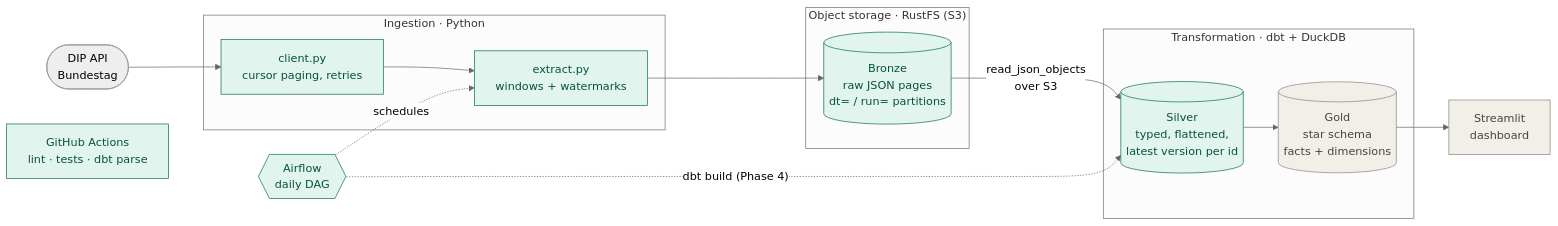
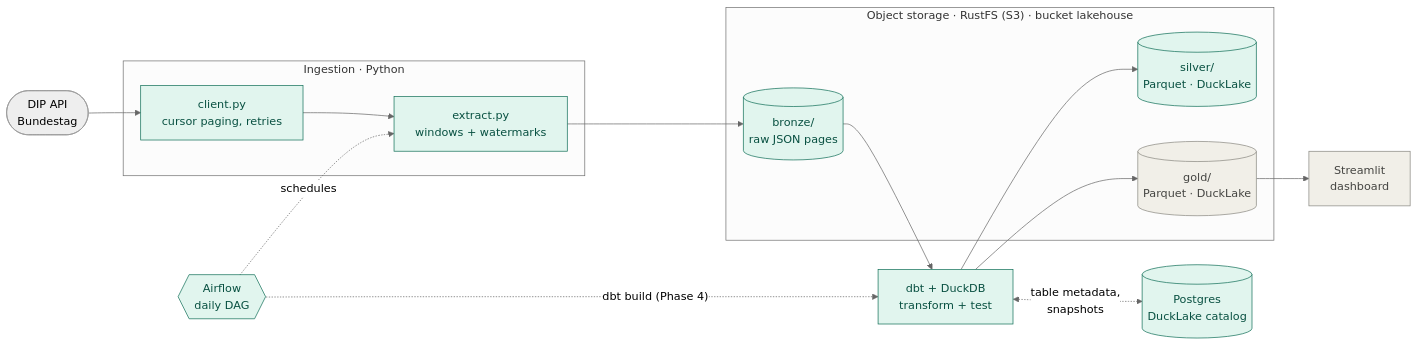
The diagram in README.md (GeenccMustafa/bundestag-lakehouse), drawn with Mermaid (neutral theme) before and after one commit. The commit also changed other lines of this file and 13 other files, not shown here.

First line of the commit message:
Move Silver and Gold to DuckLake (Parquet in RustFS, catalog in Postgres) (#7)

````diff
--- a/README.md
+++ b/README.md
@@ -14,34 +14,35 @@
 ```mermaid
 flowchart LR
     api(["DIP API<br/>Bundestag"])
 
     subgraph ingest["Ingestion · Python"]
         client["client.py<br/>cursor paging, retries"]
         extract["extract.py<br/>windows + watermarks"]
     end
 
-    subgraph lake["Object storage · RustFS (S3)"]
-        bronze[("Bronze<br/>raw JSON pages<br/>dt= / run= partitions")]
+    subgraph lake["Object storage · RustFS (S3) · bucket lakehouse"]
+        bronze[("bronze/<br/>raw JSON pages")]
+        silver[("silver/<br/>Parquet · DuckLake")]
+        gold[("gold/<br/>Parquet · DuckLake")]
     end
 
-    subgraph transform["Transformation · dbt + DuckDB"]
-        silver[("Silver<br/>typed, flattened,<br/>latest version per id")]
-        gold[("Gold<br/>star schema<br/>facts + dimensions")]
-    end
-
+    dbt["dbt + DuckDB<br/>transform + test"]
+    catalog[("Postgres<br/>DuckLake catalog")]
     dash["Streamlit<br/>dashboard"]
 
     api --> client --> extract --> bronze
-    bronze -- "read_json_objects<br/>over S3" --> silver --> gold --> dash
+    bronze --> dbt
+    dbt --> silver
+    dbt --> gold
+    dbt <-. "table metadata,<br/>snapshots" .-> catalog
+    gold --> dash
 
     airflow{{"Airflow<br/>daily DAG"}}
     airflow -. schedules .-> extract
-    airflow -. "dbt build (Phase 4)" .-> silver
-
-    ci["GitHub Actions<br/>lint · tests · dbt parse"]
+    airflow -. "dbt build (Phase 4)" .-> dbt
 
     classDef done fill:#E1F5EE,stroke:#0F6E56,color:#085041
     classDef next fill:#F1EFE8,stroke:#888780,color:#444441
-    class client,extract,bronze,silver,airflow,ci done
+    class client,extract,bronze,silver,dbt,catalog,airflow done
     class gold,dash next
 ```
````
